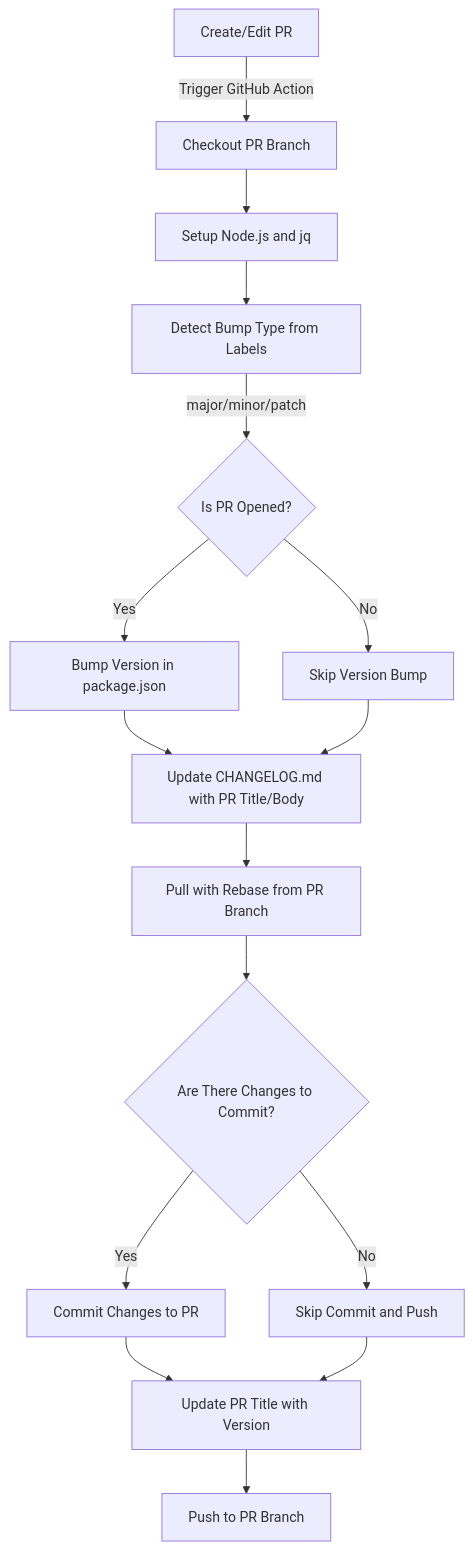
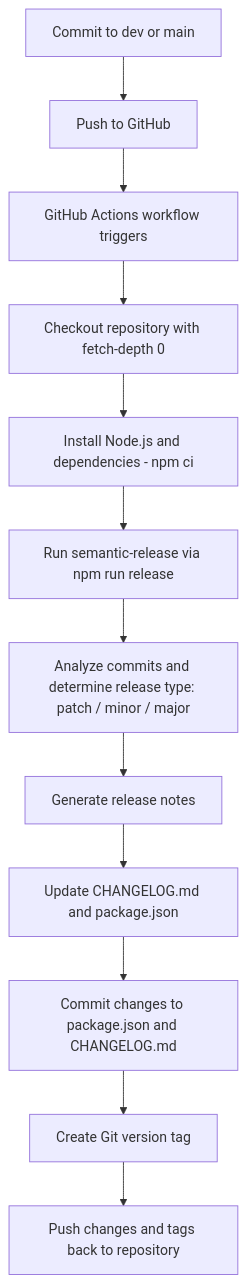
Before and after one commit to exact84/RS-Clone: the third of 3 diagrams in README.md, drawn with Mermaid. The commit also changed other lines of this file and 6 other files, not shown here.

Commit message:
feat: replace current custom version & changelog workflow

````diff
--- a/README.md
+++ b/README.md
@@ -104,18 +104,15 @@
 ```mermaid
-graph TD;
-    A[Create/Edit PR] -->|Trigger GitHub Action| B[Checkout PR Branch];
-    B --> C[Setup Node.js and jq];
-    C --> D[Detect Bump Type from Labels];
-    D -->|major/minor/patch| E{Is PR Opened?};
-    E -->|Yes| F[Bump Version in package.json];
-    E -->|No| G[Skip Version Bump];
-    F --> H[Update CHANGELOG.md with PR Title/Body];
-    G --> H;
-    H --> I[Pull with Rebase from PR Branch];
-    I --> J{Are There Changes to Commit?};
-    J -->|Yes| K[Commit Changes to PR];
-    J -->|No| L[Skip Commit and Push];
-    K --> M[Update PR Title with Version];
-    L --> M;
-    M --> N[Push to PR Branch];
+flowchart TD
+    A[Commit to dev or main] --> B[Push to GitHub]
+    B --> C[GitHub Actions workflow triggers]
+    C --> D[Checkout repository with fetch-depth 0]
+    D --> E[Install Node.js and dependencies - npm ci]
+    E --> F[Run semantic-release via npm run release]
+    
+    F --> G[Analyze commits and determine release type: patch / minor / major]
+    G --> I[Generate release notes]
+    I --> J[Update CHANGELOG.md and package.json]
+    J --> L[Commit changes to package.json and CHANGELOG.md]
+    L --> M[Create Git version tag]
+    M --> N[Push changes and tags back to repository]
 ```
````
